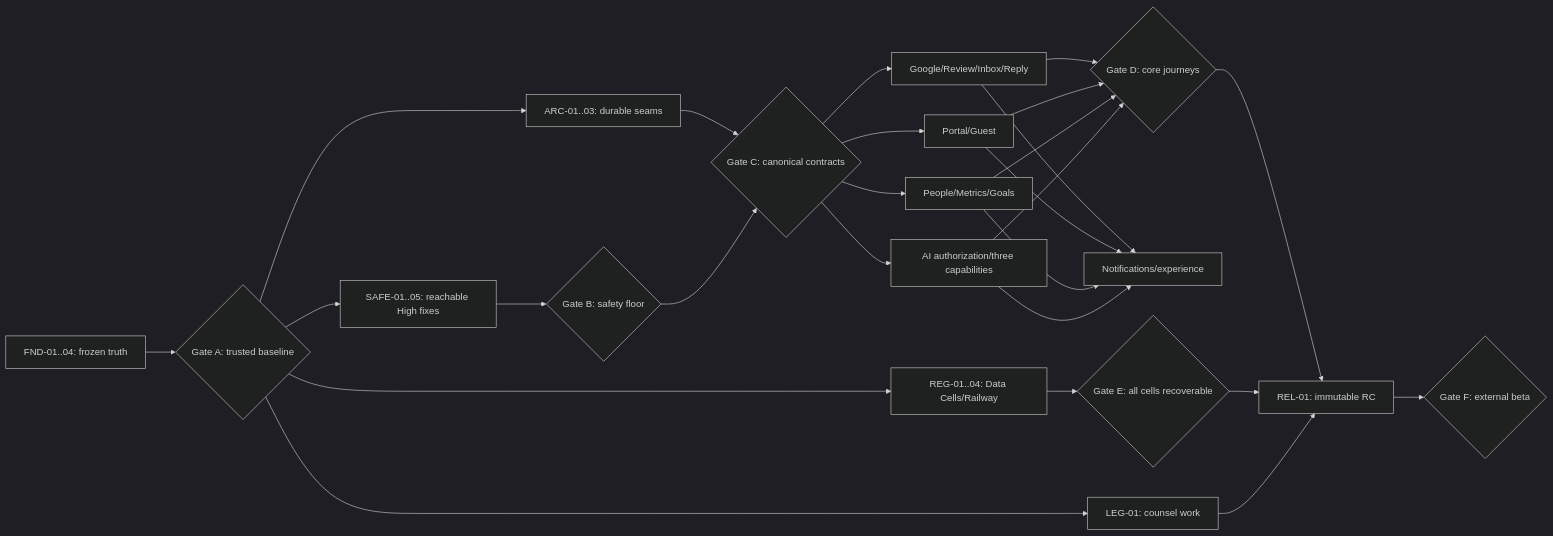
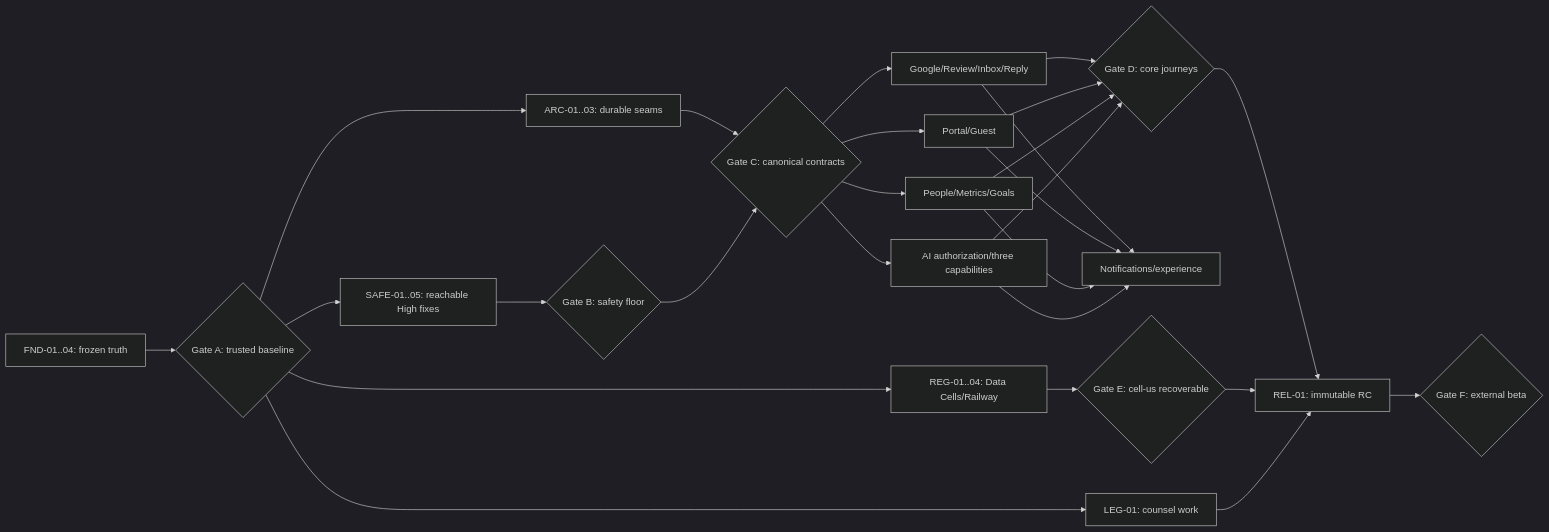
The diagram in docs/comprehensive-beta-implementation-program-2026-08-25.md (kodes-agency/reputation-key), drawn with Mermaid (dark theme) before and after one commit. The commit also changed other lines of this file and 18 other files, not shown here.

````diff
--- a/docs/comprehensive-beta-implementation-program-2026-08-25.md
+++ b/docs/comprehensive-beta-implementation-program-2026-08-25.md
@@ -162,28 +162,28 @@
 ```mermaid
 flowchart LR
   F["FND-01..04: frozen truth"] --> G0{"Gate A: trusted baseline"}
   G0 --> S["SAFE-01..05: reachable High fixes"]
   G0 --> A["ARC-01..03: durable seams"]
   G0 --> R["REG-01..04: Data Cells/Railway"]
   G0 --> L["LEG-01: counsel work"]
   S --> G1{"Gate B: safety floor"}
   A --> G2{"Gate C: canonical contracts"}
   G1 --> G2
   G2 --> C["Google/Review/Inbox/Reply"]
   G2 --> P["Portal/Guest"]
   G2 --> M["People/Metrics/Goals"]
   G2 --> I["AI authorization/three capabilities"]
   C --> N["Notifications/experience"]
   P --> N
   M --> N
   I --> N
   C --> G3{"Gate D: core journeys"}
   P --> G3
   M --> G3
   I --> G3
-  R --> G4{"Gate E: all cells recoverable"}
+  R --> G4{"Gate E: cell-us recoverable"}
   G3 --> RC["REL-01: immutable RC"]
   G4 --> RC
   L --> RC
   RC --> G5{"Gate F: external beta"}
 ```
````
